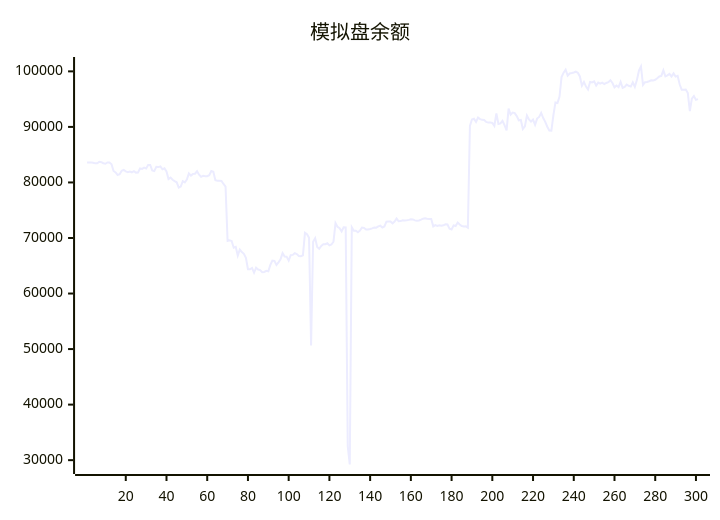
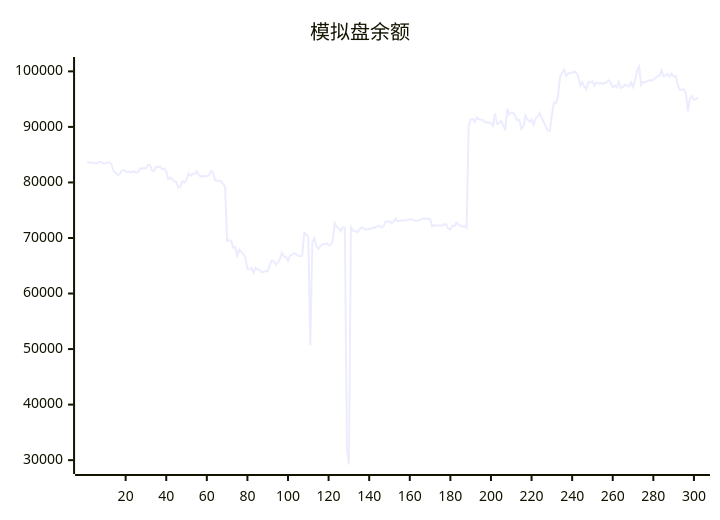
One commit to aahl/ai-trading changed the diagram in README.md. Above: the diagram before and after it, drawn with Mermaid. The commit also changed other lines of this file and 1 other file, not shown here.

````diff
--- a/README.md
+++ b/README.md
@@ -5,5 +5,5 @@
 ```mermaid
 xychart
     title "模拟盘余额"
-    line [83608,83606,83602,83548,83440,83454,83724,83644,83464,83365,83590,83592,83275,82072,81806,81344,81492,82109,82254,82006,81848,81955,81829,82022,81769,81776,82522,82441,82656,82498,83144,83144,82150,82038,82797,82763,82872,82367,82536,81981,80612,80862,80484,80242,80034,79063,79245,80226,80016,80507,81625,81233,81544,81578,82016,81401,81019,81186,81130,81118,81306,82066,81909,80392,80304,80291,80258,79729,79261,69466,69579,69456,68251,68415,66832,67911,67462,67144,66432,64380,64375,64606,63740,64647,64324,64216,63842,63877,64078,64008,65156,65945,65888,65157,65625,66144,67284,66653,66639,65924,66925,66956,67263,67108,66766,66729,66886,70927,70673,70049,50652,69334,69973,68400,68061,68578,68876,68879,69055,68662,68822,69329,72687,71999,71760,71162,71911,71896,32500,29218,71927,71297,71305,71044,71337,71883,71822,71536,71536,71622,71723,71880,71860,72100,72216,71887,72077,72940,72976,72966,72638,72948,73497,73004,73041,73173,73160,73186,73258,73375,73351,73173,73098,73161,73305,73474,73536,73457,73413,73412,72100,72333,72164,72272,72204,72285,72461,72421,71652,71521,72267,72157,72774,72424,72144,72060,72091,71858,90185,91338,91466,90900,91678,91404,91268,91244,90903,90779,90787,90721,90187,92429,90518,90619,91070,90328,89376,93286,92202,92581,92485,91947,91196,91259,89619,90086,92063,91355,90950,91327,90373,91498,91800,92531,91603,90910,90031,89351,89334,92097,94406,94315,95455,98972,99763,100286,99229,99622,99701,99805,99938,99738,99082,97430,98094,97267,96741,98081,98013,98194,97447,97983,97789,97969,97729,97911,98043,98405,97912,97120,97448,97154,98095,97021,97190,97616,97402,97263,98035,97210,98424,100120,100876,97552,98049,98085,98228,98388,98342,98488,98750,99086,99181,100188,99107,99272,99553,99072,99636,99061,99186,97674,96679,96704,96743,96096,92830,95088,95560,94866,94995]
+    line [83608,83606,83602,83548,83440,83454,83724,83644,83464,83365,83590,83592,83275,82072,81806,81344,81492,82109,82254,82006,81848,81955,81829,82022,81769,81776,82522,82441,82656,82498,83144,83144,82150,82038,82797,82763,82872,82367,82536,81981,80612,80862,80484,80242,80034,79063,79245,80226,80016,80507,81625,81233,81544,81578,82016,81401,81019,81186,81130,81118,81306,82066,81909,80392,80304,80291,80258,79729,79261,69466,69579,69456,68251,68415,66832,67911,67462,67144,66432,64380,64375,64606,63740,64647,64324,64216,63842,63877,64078,64008,65156,65945,65888,65157,65625,66144,67284,66653,66639,65924,66925,66956,67263,67108,66766,66729,66886,70927,70673,70049,50652,69334,69973,68400,68061,68578,68876,68879,69055,68662,68822,69329,72687,71999,71760,71162,71911,71896,32500,29218,71927,71297,71305,71044,71337,71883,71822,71536,71536,71622,71723,71880,71860,72100,72216,71887,72077,72940,72976,72966,72638,72948,73497,73004,73041,73173,73160,73186,73258,73375,73351,73173,73098,73161,73305,73474,73536,73457,73413,73412,72100,72333,72164,72272,72204,72285,72461,72421,71652,71521,72267,72157,72774,72424,72144,72060,72091,71858,90185,91338,91466,90900,91678,91404,91268,91244,90903,90779,90787,90721,90187,92429,90518,90619,91070,90328,89376,93286,92202,92581,92485,91947,91196,91259,89619,90086,92063,91355,90950,91327,90373,91498,91800,92531,91603,90910,90031,89351,89334,92097,94406,94315,95455,98972,99763,100286,99229,99622,99701,99805,99938,99738,99082,97430,98094,97267,96741,98081,98013,98194,97447,97983,97789,97969,97729,97911,98043,98405,97912,97120,97448,97154,98095,97021,97190,97616,97402,97263,98035,97210,98424,100120,100876,97552,98049,98085,98228,98388,98342,98488,98750,99086,99181,100188,99107,99272,99553,99072,99636,99061,99186,97674,96679,96704,96743,96096,92830,95088,95560,94866,94995,95295]
 ```
````
